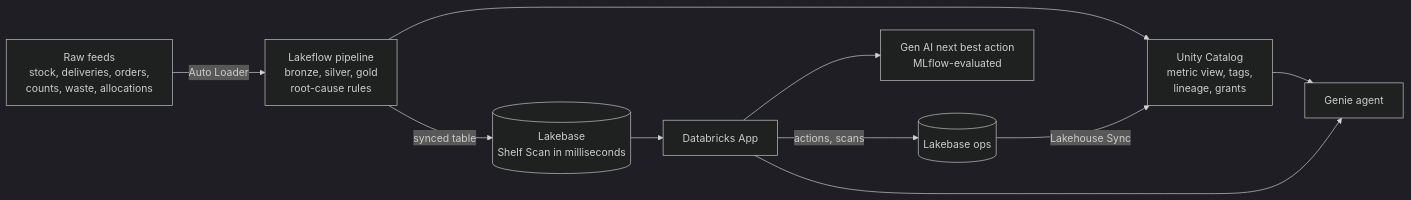
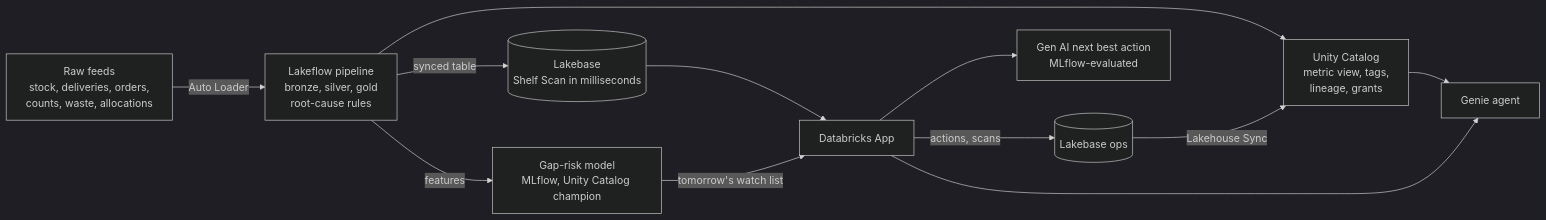
Before and after one commit to sudarshanshetty07/larkwell-shelf-availability: the diagram in README.md, drawn with Mermaid (dark theme). The commit also changed other lines of this file and 38 other files, not shown here.

First line of the commit message:
Add a gap-risk model: five weeks of history, MLflow and Unity Catalog, daily scoring and grading

````diff
--- a/README.md
+++ b/README.md
@@ -28,12 +31,14 @@
 ```mermaid
 flowchart LR
   F["Raw feeds<br/>stock, deliveries, orders,<br/>counts, waste, allocations"] -->|Auto Loader| P["Lakeflow pipeline<br/>bronze, silver, gold<br/>root-cause rules"]
   P --> U["Unity Catalog<br/>metric view, tags,<br/>lineage, grants"]
   P -->|synced table| L[("Lakebase<br/>Shelf Scan in milliseconds")]
   L --> A["Databricks App"]
   A -->|"actions, scans"| L2[("Lakebase ops")]
   L2 -->|Lakehouse Sync| U
   U --> G["Genie agent"]
   A --> G
   A --> N["Gen AI next best action<br/>MLflow-evaluated"]
+  P -->|features| M["Gap-risk model<br/>MLflow, Unity Catalog champion"]
+  M -->|"tomorrow's watch list"| A
 ```
````
